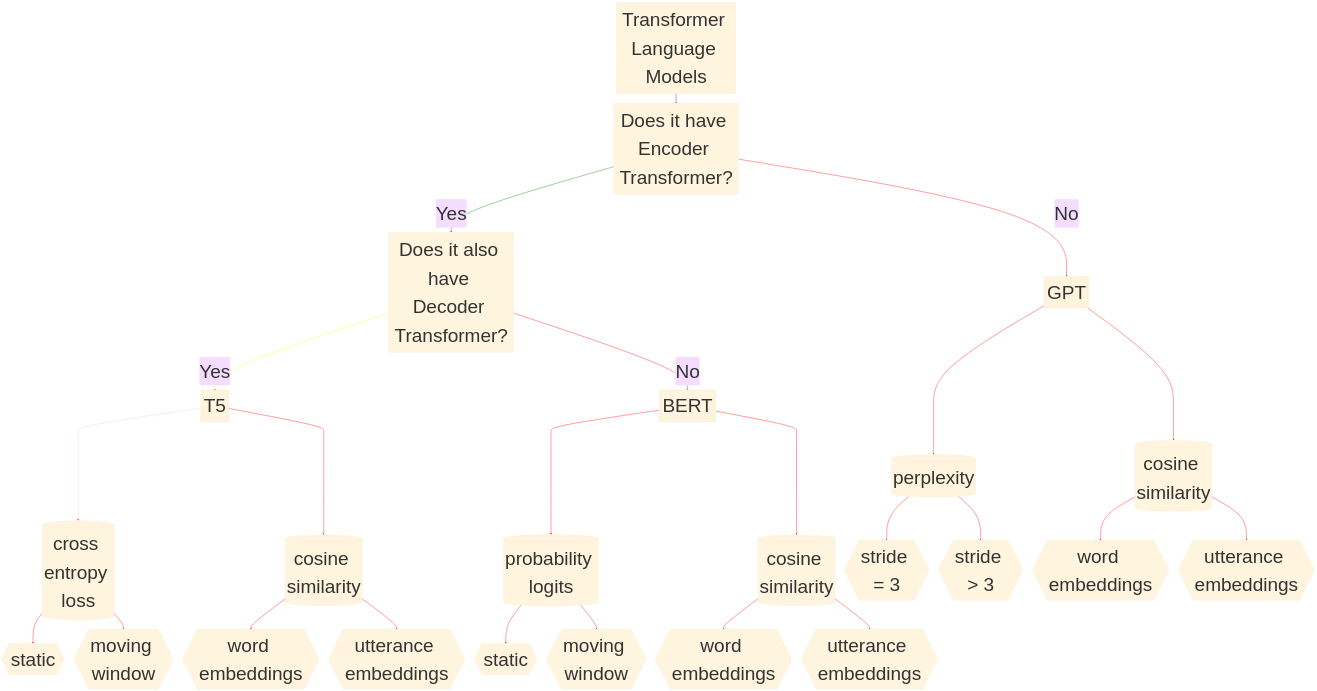
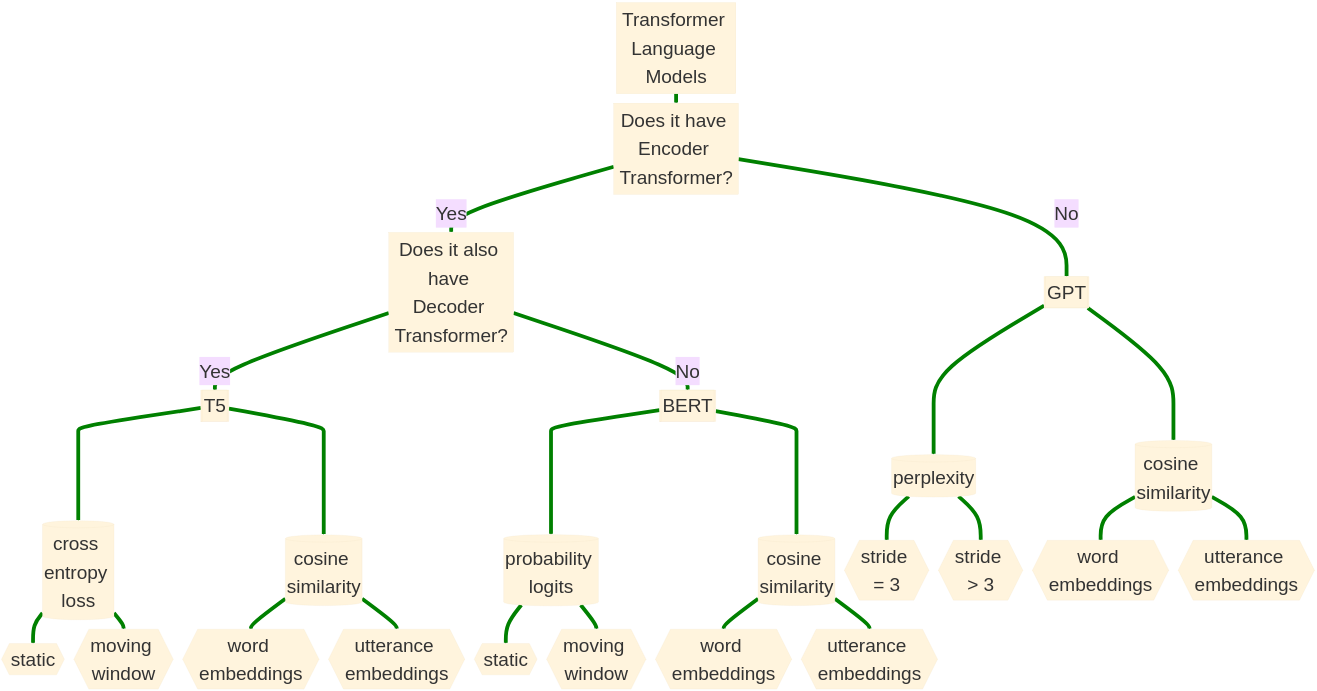
Before and after one commit to yancong222/SSD-LM-STanglab: the diagram in README.md, drawn with Mermaid.

````diff
--- a/README.md
+++ b/README.md
@@ -4,33 +4,29 @@
 ```mermaid
 %%{init: {'theme': 'base', 'themeVariables': { 'fontSize': '100px'}}}%%
 flowchart TD
     A[Transformer Language Models] ==> B[Does it have Encoder Transformer?]
     B == Yes ==> C[Does it also have Decoder Transformer?]
     C == Yes ==> D[[T5]] ====> G[(cross entropy loss)]
     G ==> J{{static}}
     G ==> K{{moving window}}
     D ====> P[(cosine similarity)]
     P ==> Q{{word embeddings}}
     P ==> R{{utterance embeddings}}
     C == No ==> E[[BERT]] ====> H[(probability logits)]
     H ==> L{{static}}
     H ==> M{{moving window}}
     E ====> S[(cosine similarity)]
     S ==> T{{word embeddings}}
     S ==> U{{utterance embeddings}}
     B == No ==> F[[GPT]] ====> I[(perplexity)]
     I ==> N{{stride = 3}}
     I ==> O{{stride > 3}}
     F ====> V[(cosine similarity)]
     V ==> W{{word embeddings}}
     V ==> X{{utterance embeddings}}
     click A "https://github.com/yancong222/scriptscz/blob/main/perplexity/ed_perplexity.py" _blank
     click B "http://www.github.com" "Open this in a new tab" _blank
     click C href "http://www.github.com" _blank
     click D href "http://www.github.com" "Open this in a new tab" _blank
-    linkStyle 0 stroke-width:2px,fill:none,stroke:blue;
-        linkStyle 1 stroke-width:2px,fill:none,stroke:green;
-        linkStyle 2 stroke-width:2px,fill:none,stroke:yellow;
-        linkStyle 3 stroke-width:2px,fill:none,stroke:pink;
-        linkStyle default stroke-width:2px,fill:none,stroke:red;
+    linkStyle default stroke-width:20px,fill:none,stroke:green;
 ```
````
